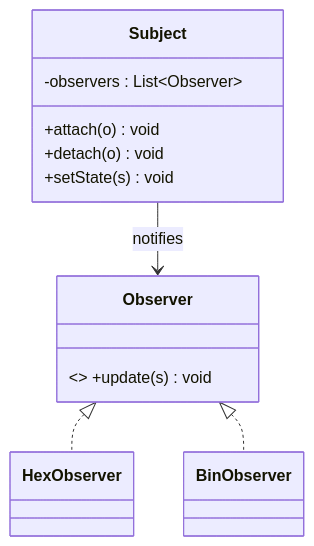
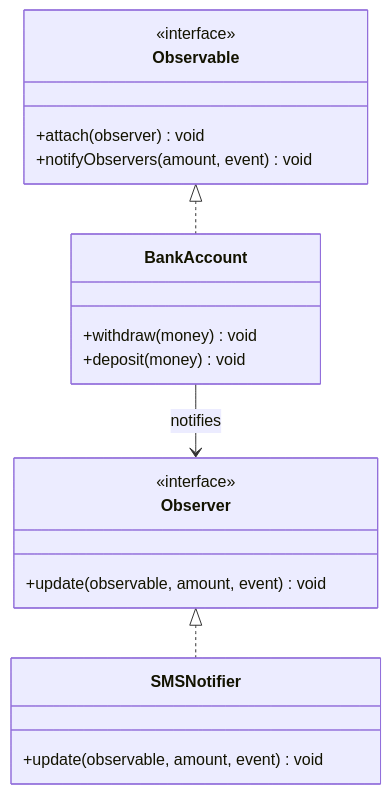
The diagram in SoftwareDesign/DesignPatterns/Behavioral/observer.md (shohanjh09/architect-in-progress), drawn with Mermaid before and after one commit. The commit also changed other lines of this file and 1 other file, not shown here.

Commit message:
Design Patten: Update observer and adapter design patterns

````diff
--- a/SoftwareDesign/DesignPatterns/Behavioral/observer.md
+++ b/SoftwareDesign/DesignPatterns/Behavioral/observer.md
@@ -72,15 +116,26 @@
 ```mermaid
 classDiagram
-    class Subject {
-        -observers : List~Observer~
-        +attach(o) void
-        +detach(o) void
-        +setState(s) void
+    class Observable {
+        <<interface>>
+        +attach(observer) void
+        +notifyObservers(amount, event) void
     }
-    class Observer { <<interface>> +update(s) void }
-    class HexObserver
-    class BinObserver
-    Subject --> Observer : notifies
-    Observer <|.. HexObserver
-    Observer <|.. BinObserver
+
+    class Observer {
+        <<interface>>
+        +update(observable, amount, event) void
+    }
+
+    class BankAccount {
+        +withdraw(money) void
+        +deposit(money) void
+    }
+
+    class SMSNotifier {
+        +update(observable, amount, event) void
+    }
+
+    Observable <|.. BankAccount
+    Observer <|.. SMSNotifier
+    BankAccount --> Observer : notifies
 ```
````
